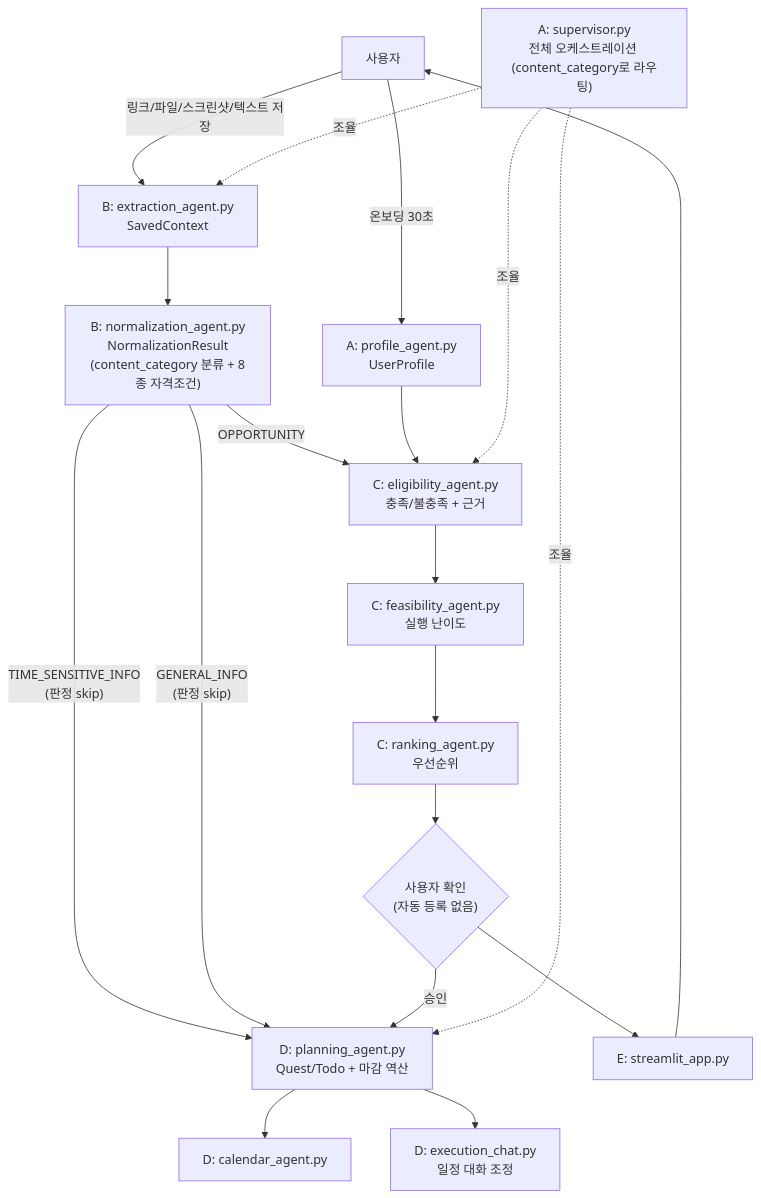
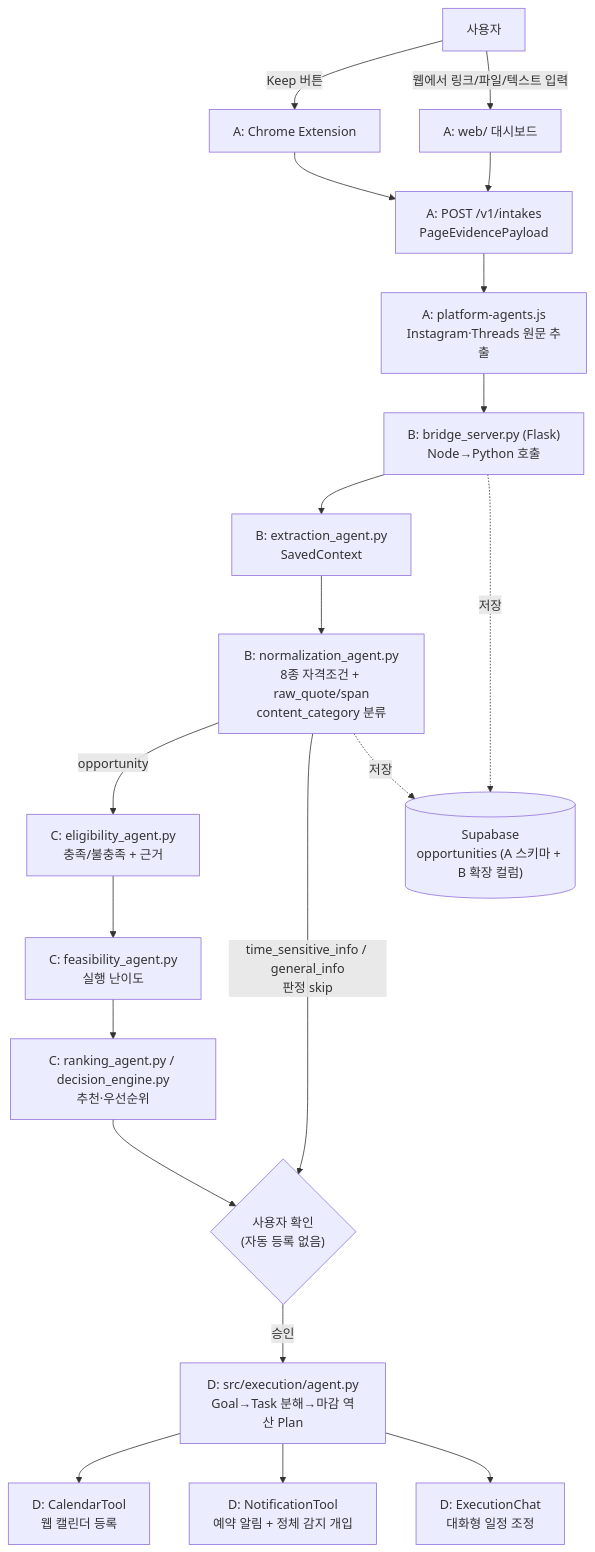
The diagram in ARCHITECTURE.md (nxtcloud-edu/2026_KNUxKU_summer_camp_team06), drawn with Mermaid before and after one commit. The commit also changed other lines of this file and 4 other files, not shown here.

````diff
--- a/ARCHITECTURE.md
+++ b/ARCHITECTURE.md
@@ -9,21 +9,22 @@
 ```mermaid
 flowchart TD
-    U[사용자] -->|온보딩 30초| A_PROFILE["A: profile_agent.py<br/>UserProfile"]
-    U -->|링크/파일/스크린샷/텍스트 저장| B_EXT["B: extraction_agent.py<br/>SavedContext"]
-    B_EXT --> B_NORM["B: normalization_agent.py<br/>NormalizationResult<br/>(content_category 분류 + 8종 자격조건)"]
-    B_NORM -->|OPPORTUNITY| C_ELIG
-    A_PROFILE --> C_ELIG["C: eligibility_agent.py<br/>충족/불충족 + 근거"]
-    C_ELIG --> C_FEAS["C: feasibility_agent.py<br/>실행 난이도"]
-    C_FEAS --> C_RANK["C: ranking_agent.py<br/>우선순위"]
-    C_RANK --> CONFIRM{"사용자 확인<br/>(자동 등록 없음)"}
-    B_NORM -->|"TIME_SENSITIVE_INFO<br/>(판정 skip)"| D_PLAN
-    B_NORM -->|"GENERAL_INFO<br/>(판정 skip)"| D_PLAN
-    CONFIRM -->|승인| D_PLAN["D: planning_agent.py<br/>Quest/Todo + 마감 역산"]
-    D_PLAN --> D_CAL["D: calendar_agent.py"]
-    D_PLAN --> D_CHAT["D: execution_chat.py<br/>일정 대화 조정"]
-    A_SUP["A: supervisor.py<br/>전체 오케스트레이션 (content_category로 라우팅)"] -.조율.-> B_EXT
-    A_SUP -.조율.-> C_ELIG
-    A_SUP -.조율.-> D_PLAN
-    E_UI["E: streamlit_app.py"] --> U
-    CONFIRM --> E_UI
+    U[사용자] -->|Keep 버튼| EXT["A: Chrome Extension"]
+    U -->|웹에서 링크/파일/텍스트 입력| WEB["A: web/ 대시보드"]
+    EXT --> INTAKE["A: POST /v1/intakes<br/>PageEvidencePayload"]
+    WEB --> INTAKE
+    INTAKE --> PLATFORM["A: platform-agents.js<br/>Instagram·Threads 원문 추출"]
+    PLATFORM --> BRIDGE["B: bridge_server.py (Flask)<br/>Node→Python 호출"]
+    BRIDGE --> EXTRACT["B: extraction_agent.py<br/>SavedContext"]
+    EXTRACT --> NORM["B: normalization_agent.py<br/>8종 자격조건 + raw_quote/span<br/>content_category 분류"]
+    NORM -->|opportunity| ELIG["C: eligibility_agent.py<br/>충족/불충족 + 근거"]
+    ELIG --> FEAS["C: feasibility_agent.py<br/>실행 난이도"]
+    FEAS --> RANK["C: ranking_agent.py / decision_engine.py<br/>추천·우선순위"]
+    NORM -->|time_sensitive_info / general_info<br/>판정 skip| CONFIRM
+    RANK --> CONFIRM{"사용자 확인<br/>(자동 등록 없음)"}
+    CONFIRM -->|승인| EXEC["D: src/execution/agent.py<br/>Goal→Task 분해→마감 역산 Plan"]
+    EXEC --> CAL["D: CalendarTool<br/>웹 캘린더 등록"]
+    EXEC --> NOTI["D: NotificationTool<br/>예약 알림 + 정체 감지 개입"]
+    EXEC --> CHAT["D: ExecutionChat<br/>대화형 일정 조정"]
+    NORM -.저장.-> DB[("Supabase<br/>opportunities (A 스키마 + B 확장 컬럼)")]
+    BRIDGE -.저장.-> DB
 ```
````
